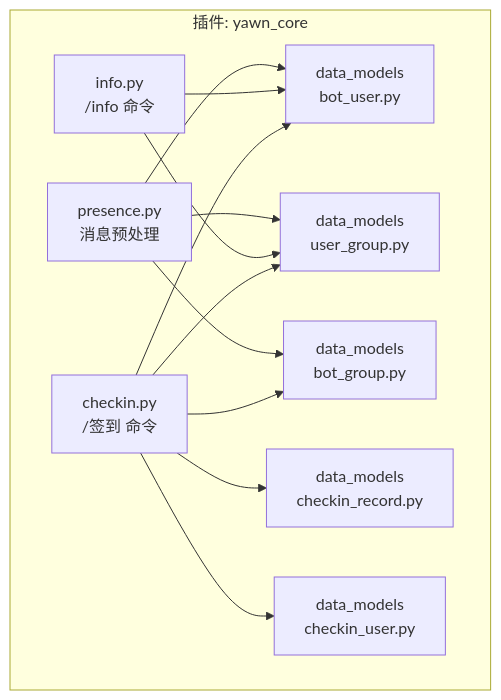
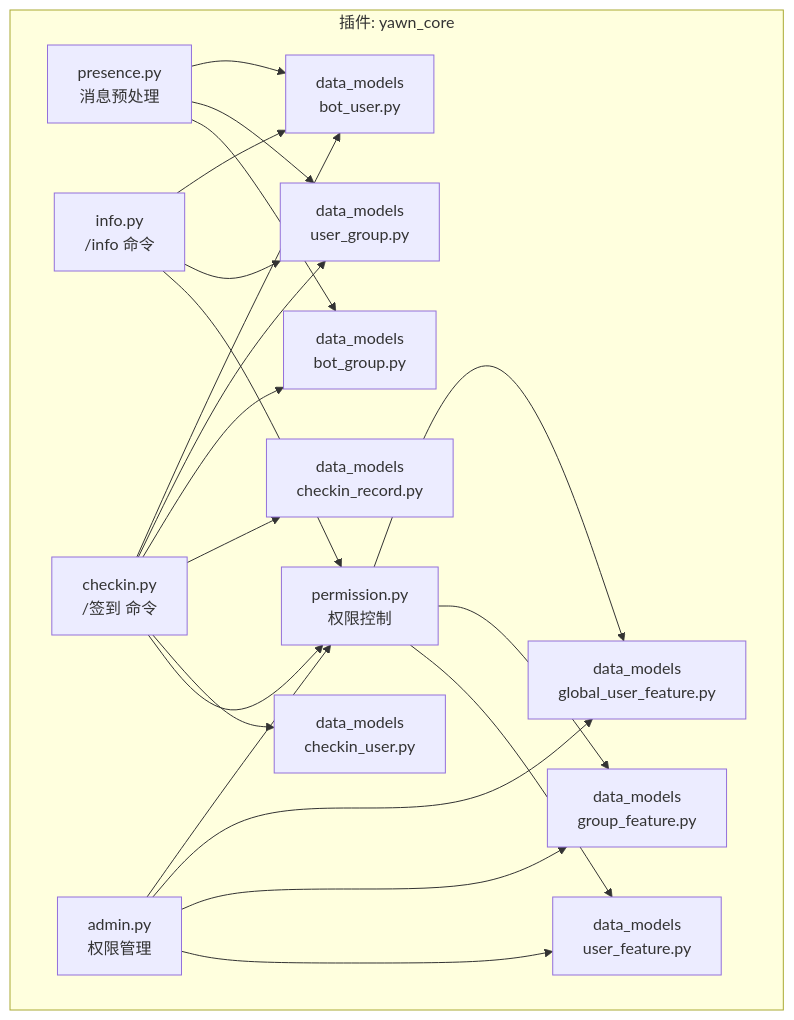
One commit to Wohaokunr/yawn_bot changed the first of 9 diagrams in .qoder/repowiki/zh/content/核心功能模块/用户信息查询.md. Above: the diagram before and after it, drawn with Mermaid. The commit also changed other lines of this file and 10 other files, not shown here.

````diff
--- a/.qoder/repowiki/zh/content/核心功能模块/用户信息查询.md
+++ b/.qoder/repowiki/zh/content/核心功能模块/用户信息查询.md
@@ -44,23 +59,37 @@
 ```mermaid
 graph TB
 subgraph "插件: yawn_core"
 A["data_models<br/>bot_user.py"]
 B["data_models<br/>user_group.py"]
 C["data_models<br/>bot_group.py"]
 D["data_models<br/>checkin_record.py"]
 E["data_models<br/>checkin_user.py"]
 F["info.py<br/>/info 命令"]
 G["checkin.py<br/>/签到 命令"]
 H["presence.py<br/>消息预处理"]
+I["permission.py<br/>权限控制"]
+J["admin.py<br/>权限管理"]
+K["data_models<br/>global_user_feature.py"]
+L["data_models<br/>group_feature.py"]
+M["data_models<br/>user_feature.py"]
 end
 H --> A
 H --> B
 H --> C
 F --> A
 F --> B
+F --> I
 G --> A
 G --> B
 G --> C
 G --> D
 G --> E
+G --> I
+I --> K
+I --> L
+I --> M
+J --> I
+J --> K
+J --> L
+J --> M
 ```
````
